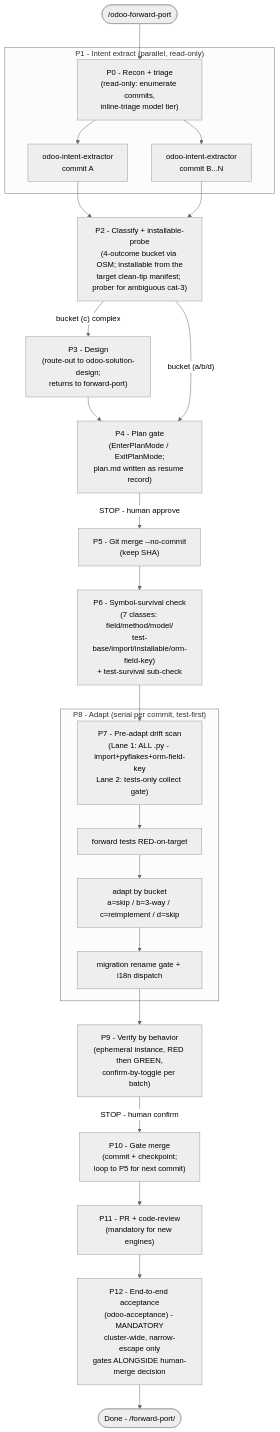
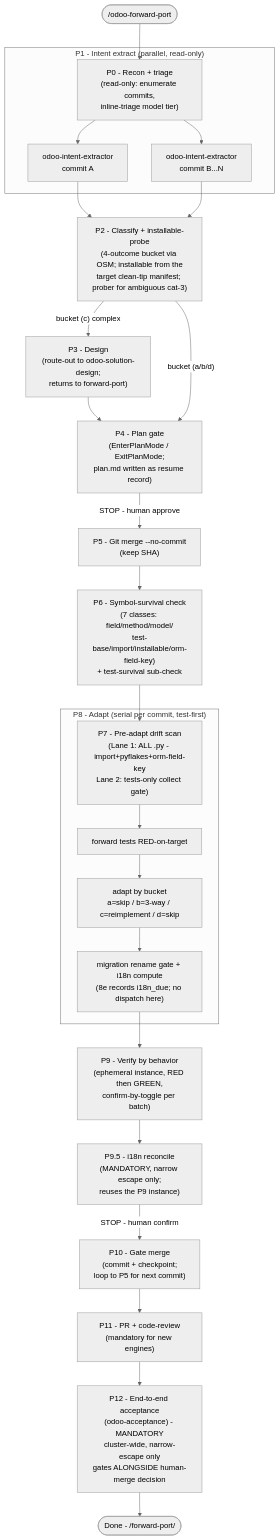
One commit to Viindoo/odoo-mcp-client changed the fifth of 9 diagrams in plugins/odoo-ai-agents/README.md. Above: the diagram before and after it, drawn with Mermaid (neutral theme). The commit also changed other lines of this file and 1 other file, not shown here.

````diff
--- a/plugins/odoo-ai-agents/README.md
+++ b/plugins/odoo-ai-agents/README.md
@@ -378,33 +380,34 @@
 ```mermaid
 flowchart TD
     START(["/odoo-forward-port"])
     START --> P0["P0 - Recon + triage<br/>(read-only: enumerate commits,<br/>inline-triage model tier)"]
 
     subgraph P1_grp["P1 - Intent extract (parallel, read-only)"]
         P0 --> IE1["odoo-intent-extractor<br/>commit A"]
         P0 --> IE2["odoo-intent-extractor<br/>commit B...N"]
     end
 
     IE1 --> P2["P2 - Classify + installable-probe<br/>(4-outcome bucket via OSM; installable from the<br/>target clean-tip manifest; prober for ambiguous cat-3)"]
     IE2 --> P2
 
     P2 -->|"bucket (c) complex"| P3["P3 - Design<br/>(route-out to odoo-solution-design;<br/>returns to forward-port)"]
     P3 --> P4_gate
     P2 -->|"bucket (a/b/d)"| P4_gate["P4 - Plan gate<br/>(EnterPlanMode / ExitPlanMode;<br/>plan.md written as resume record)"]
     P4_gate -->|"STOP - human approve"| P5["P5 - Git merge --no-commit<br/>(keep SHA)"]
 
     P5 --> P6["P6 - Symbol-survival check<br/>(7 classes: field/method/model/<br/>test-base/import/installable/orm-field-key)<br/>+ test-survival sub-check"]
     P6 --> P7["P7 - Pre-adapt drift scan<br/>(Lane 1: ALL .py - import+pyflakes+orm-field-key<br/>Lane 2: tests-only collect gate)"]
 
     subgraph P8_grp["P8 - Adapt (serial per commit, test-first)"]
         P7 --> PA["forward tests RED-on-target"]
         PA --> PB["adapt by bucket<br/>a=skip / b=3-way / c=reimplement / d=skip"]
-        PB --> PC["migration rename gate + i18n dispatch"]
+        PB --> PC["migration rename gate + i18n compute<br/>(8e records i18n_due; no dispatch here)"]
     end
 
     PC --> P9["P9 - Verify by behavior<br/>(ephemeral instance, RED then GREEN,<br/>confirm-by-toggle per batch)"]
-    P9 -->|"STOP - human confirm"| P10["P10 - Gate merge<br/>(commit + checkpoint;<br/>loop to P5 for next commit)"]
+    P9 --> P95["P9.5 - i18n reconcile<br/>(MANDATORY, narrow escape only;<br/>reuses the P9 instance)"]
+    P95 -->|"STOP - human confirm"| P10["P10 - Gate merge<br/>(commit + checkpoint;<br/>loop to P5 for next commit)"]
     P10 --> P11["P11 - PR + code-review<br/>(mandatory for new engines)"]
     P11 --> P12["P12 - End-to-end acceptance<br/>(odoo-acceptance) - MANDATORY<br/>cluster-wide, narrow-escape only<br/>gates ALONGSIDE human-merge decision"]
     P12 --> DONE(["Done - <ISOLATE_DIR>/forward-port/"])
 ```
````
